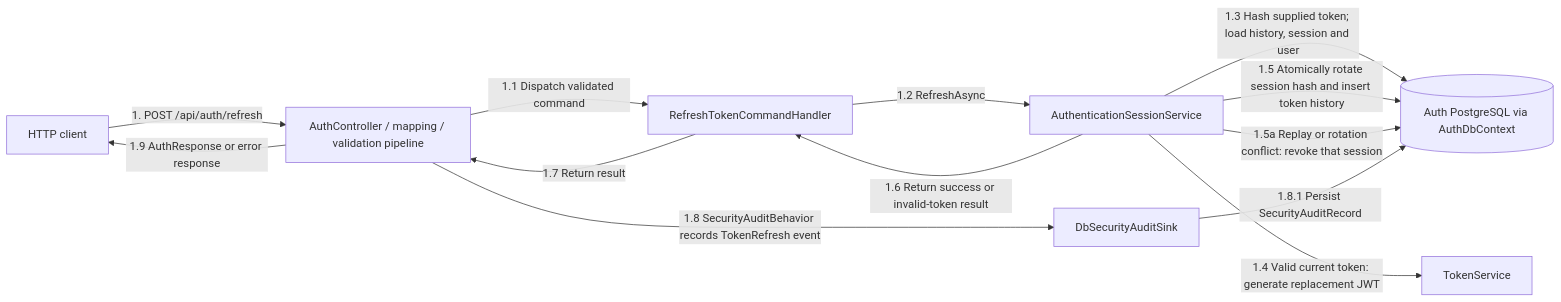
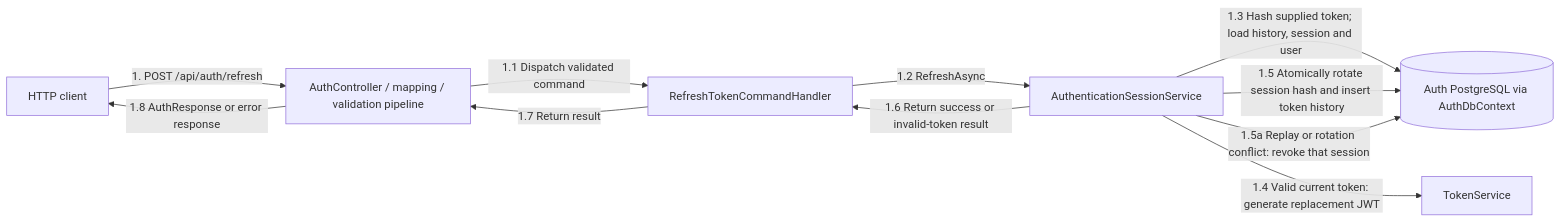
One commit to bogdan-spilevoi/ASET-master-year-1 changed the third of 4 diagrams in src/Services/Auth/COMMUNICATION.md. Above: the diagram before and after it, drawn with Mermaid. The commit also changed other lines of this file and 50 other files, not shown here.

````diff
--- a/src/Services/Auth/COMMUNICATION.md
+++ b/src/Services/Auth/COMMUNICATION.md
@@ -84,23 +67,20 @@
 ```mermaid
 flowchart LR
     Client["HTTP client"]
     API["AuthController / mapping / validation pipeline"]
     Handler["RefreshTokenCommandHandler"]
     Session["AuthenticationSessionService"]
     Tokens["TokenService"]
-    AuditSink["DbSecurityAuditSink"]
     DB[("Auth PostgreSQL via AuthDbContext")]
 
     Client -->|"1. POST /api/auth/refresh"| API
     API -->|"1.1 Dispatch validated command"| Handler
     Handler -->|"1.2 RefreshAsync"| Session
     Session -->|"1.3 Hash supplied token; load history, session and user"| DB
     Session -->|"1.4 Valid current token: generate replacement JWT"| Tokens
     Session -->|"1.5 Atomically rotate session hash and insert token history"| DB
     Session -->|"1.5a Replay or rotation conflict: revoke that session"| DB
     Session -->|"1.6 Return success or invalid-token result"| Handler
     Handler -->|"1.7 Return result"| API
-    API -->|"1.8 SecurityAuditBehavior records TokenRefresh event"| AuditSink
-    AuditSink -->|"1.8.1 Persist SecurityAuditRecord"| DB
-    API -->|"1.9 AuthResponse or error response"| Client
+    API -->|"1.8 AuthResponse or error response"| Client
 ```
````
